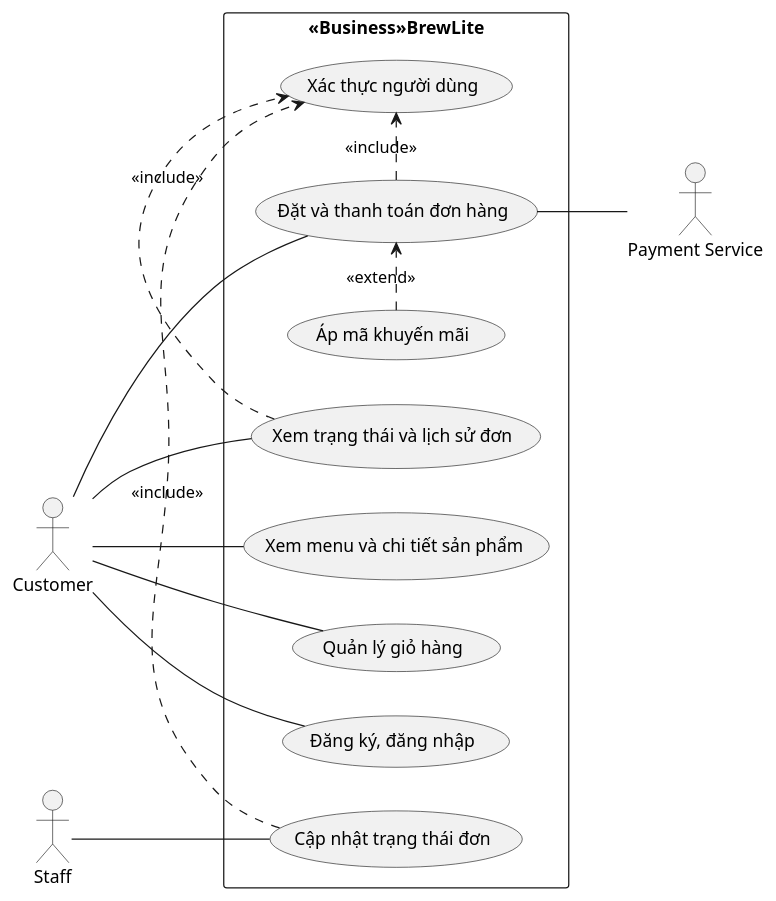
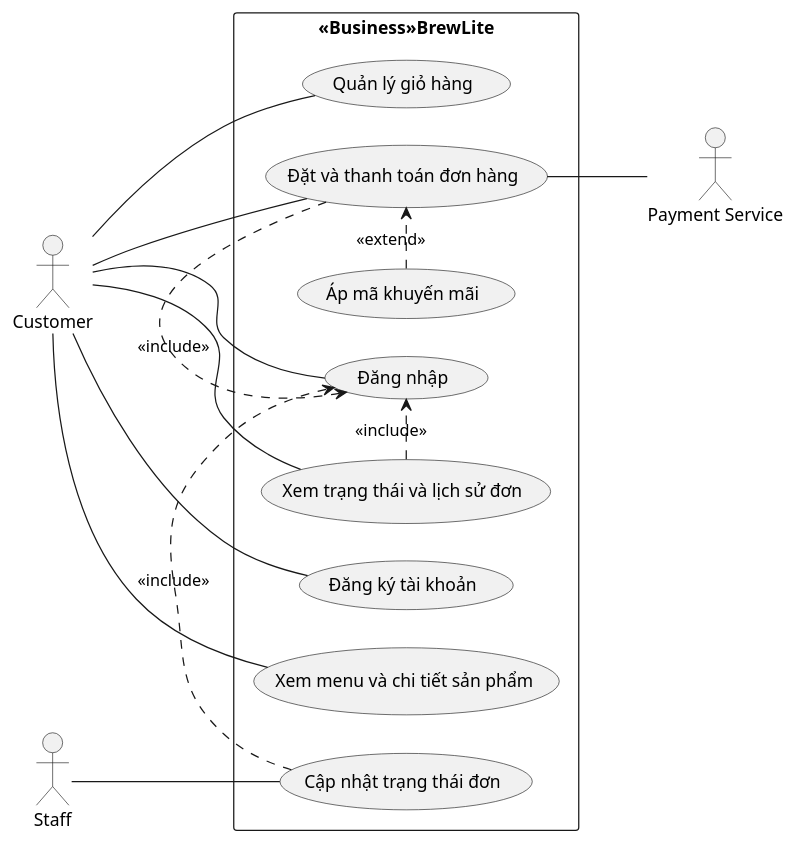
Before and after one commit to synguyen267/brewlite-assignment2: the diagram in docs/diagrams/usecase-overview.puml, drawn with PlantUML. The commit also changed 5 other files, not shown here.

Commit message:
docs: refine use-case diagrams (split login/register, payment generalization)

```diff
--- a/docs/diagrams/usecase-overview.puml
+++ b/docs/diagrams/usecase-overview.puml
@@ -1,32 +1,35 @@
 @startuml usecase-overview
 left to right direction
 skinparam packageStyle rectangle
+skinparam nodesep 30
+skinparam ranksep 70
 
 actor Customer
 actor Staff
 actor "Payment Service" as PS
 
 rectangle "<<Business>>BrewLite" {
+  usecase "Đăng ký tài khoản" as UC03
   usecase "Xem menu và chi tiết sản phẩm" as UC01
   usecase "Quản lý giỏ hàng" as UC02
-  usecase "Đăng ký, đăng nhập" as UC03
   usecase "Đặt và thanh toán đơn hàng" as UC04
   usecase "Xem trạng thái và lịch sử đơn" as UC05
   usecase "Cập nhật trạng thái đơn" as UC06
   usecase "Áp mã khuyến mãi" as UC07
-  usecase "Xác thực người dùng" as UC08
+  usecase "Đăng nhập" as UC08
 }
 
+Customer -- UC03
 Customer -- UC01
 Customer -- UC02
-Customer -- UC03
 Customer -- UC04
 Customer -- UC05
+Customer -- UC08
 Staff -- UC06
 UC04 -- PS
 
 UC04 .> UC08 : <<include>>
 UC05 .> UC08 : <<include>>
 UC06 .> UC08 : <<include>>
 UC07 .> UC04 : <<extend>>
 @enduml
```
